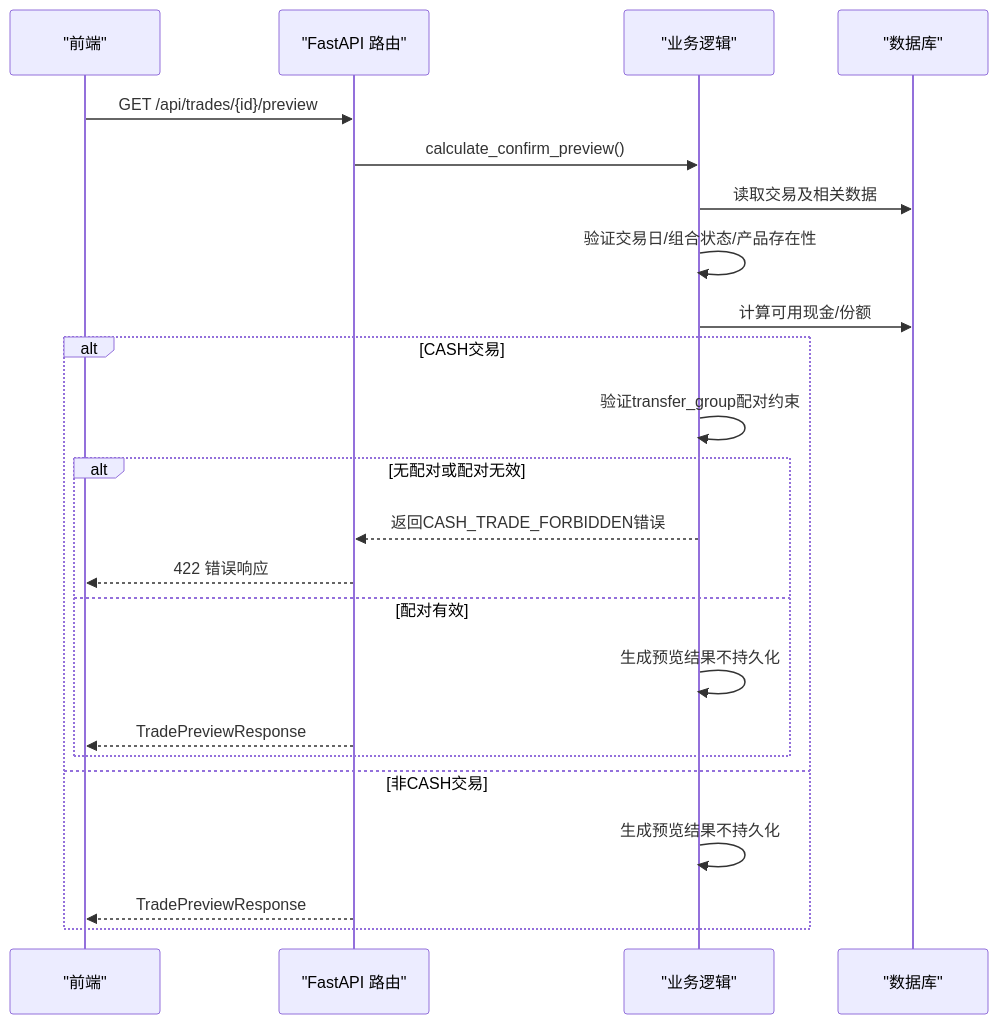
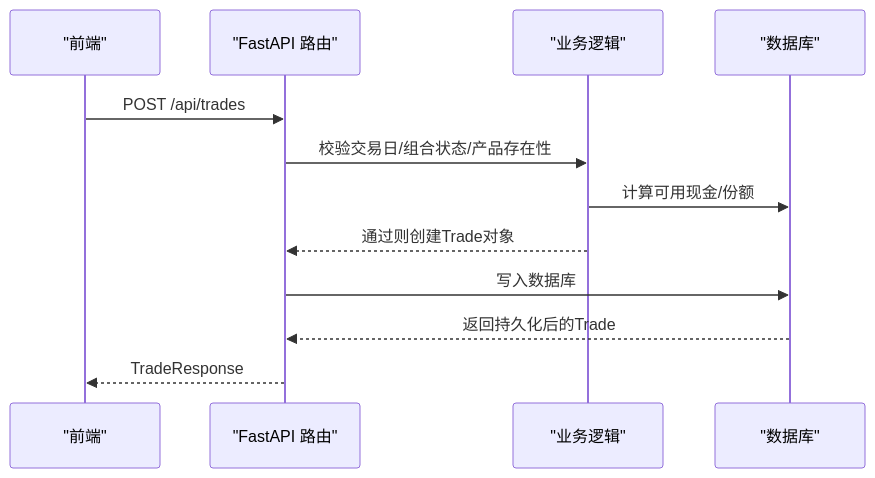
Before and after one commit to gujialind/InvestRing: the second of 5 diagrams in .qoder/repowiki/zh/content/后端API文档/交易管理API.md, drawn with Mermaid. The commit also changed other lines of this file and 65 other files, not shown here.

````diff
--- a/.qoder/repowiki/zh/content/后端API文档/交易管理API.md
+++ b/.qoder/repowiki/zh/content/后端API文档/交易管理API.md
@@ -110,25 +92,14 @@
 ```mermaid
 sequenceDiagram
 participant FE as "前端"
 participant API as "FastAPI 路由"
 participant SVC as "业务逻辑"
 participant DB as "数据库"
-FE->>API : GET /api/trades/{id}/preview
-API->>SVC : calculate_confirm_preview()
-SVC->>DB : 读取交易及相关数据
-SVC->>SVC : 验证交易日/组合状态/产品存在性
+FE->>API : POST /api/trades
+API->>SVC : 校验交易日/组合状态/产品存在性
 SVC->>DB : 计算可用现金/份额
-alt CASH交易
-SVC->>SVC : 验证transfer_group配对约束
-alt 无配对或配对无效
-SVC-->>API : 返回CASH_TRADE_FORBIDDEN错误
-API-->>FE : 422 错误响应
-else 配对有效
-SVC->>SVC : 生成预览结果不持久化
-API-->>FE : TradePreviewResponse
-end
-else 非CASH交易
-SVC->>SVC : 生成预览结果不持久化
-API-->>FE : TradePreviewResponse
-end
+SVC-->>API : 通过则创建Trade对象
+API->>DB : 写入数据库
+DB-->>API : 返回持久化后的Trade
+API-->>FE : TradeResponse
 ```
````
